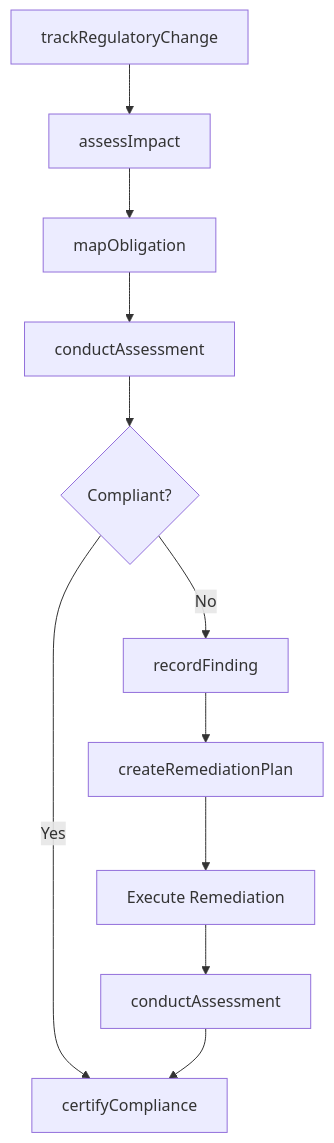
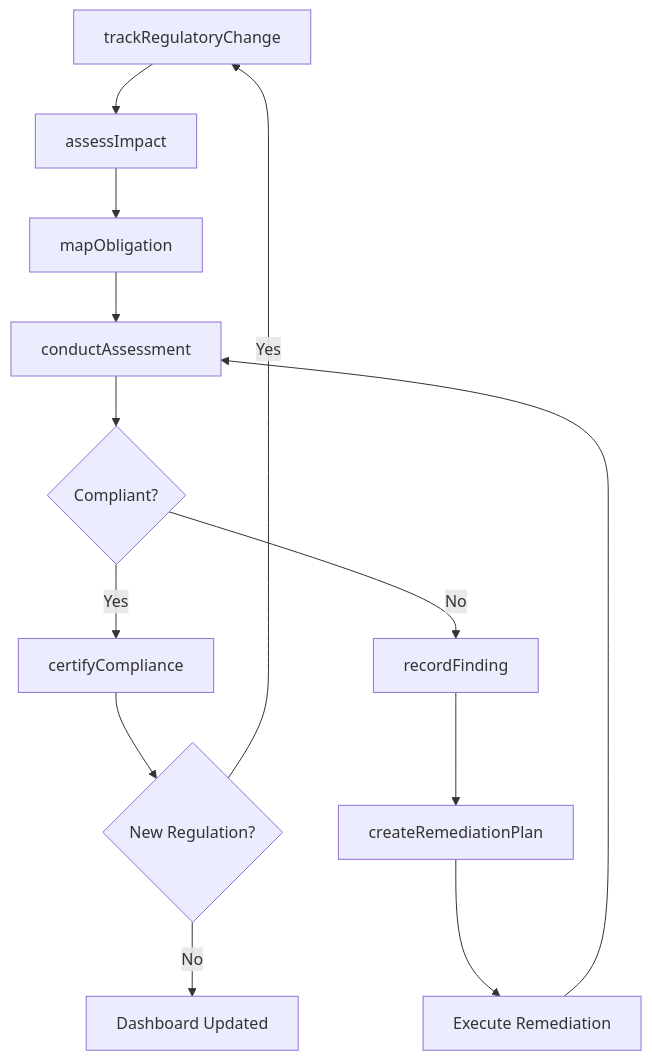
One commit to dot-org-ai/tasks.org.ai changed the third of 4 diagrams in MonitoringProcessesMaterialsOrSurroundings/MonitorOperationsToEnsureComplianceWithRegulationsOrStandards/MonitorOrganizationalComplianceRegulations.mdx. Above: the diagram before and after it, drawn with Mermaid. The commit also changed other lines of this file and 307 other files, not shown here.

First line of the commit message:
feat: Add ER diagrams and state diagrams to remaining 308 DWA task files (wave 3 complete)

````diff
--- a/MonitoringProcessesMaterialsOrSurroundings/MonitorOperationsToEnsureComplianceWithRegulationsOrStandards/MonitorOrganizationalComplianceRegulations.mdx
+++ b/MonitoringProcessesMaterialsOrSurroundings/MonitorOperationsToEnsureComplianceWithRegulationsOrStandards/MonitorOrganizationalComplianceRegulations.mdx
@@ -87,13 +114,15 @@
 ```mermaid
 graph TD
     A[trackRegulatoryChange] --> B[assessImpact]
     B --> C[mapObligation]
     C --> D[conductAssessment]
     D --> E{Compliant?}
     E -->|Yes| F[certifyCompliance]
     E -->|No| G[recordFinding]
     G --> H[createRemediationPlan]
     H --> I[Execute Remediation]
-    I --> J[conductAssessment]
-    J --> F
+    I --> D
+    F --> J{New Regulation?}
+    J -->|Yes| A
+    J -->|No| K[Dashboard Updated]
 ```
````
